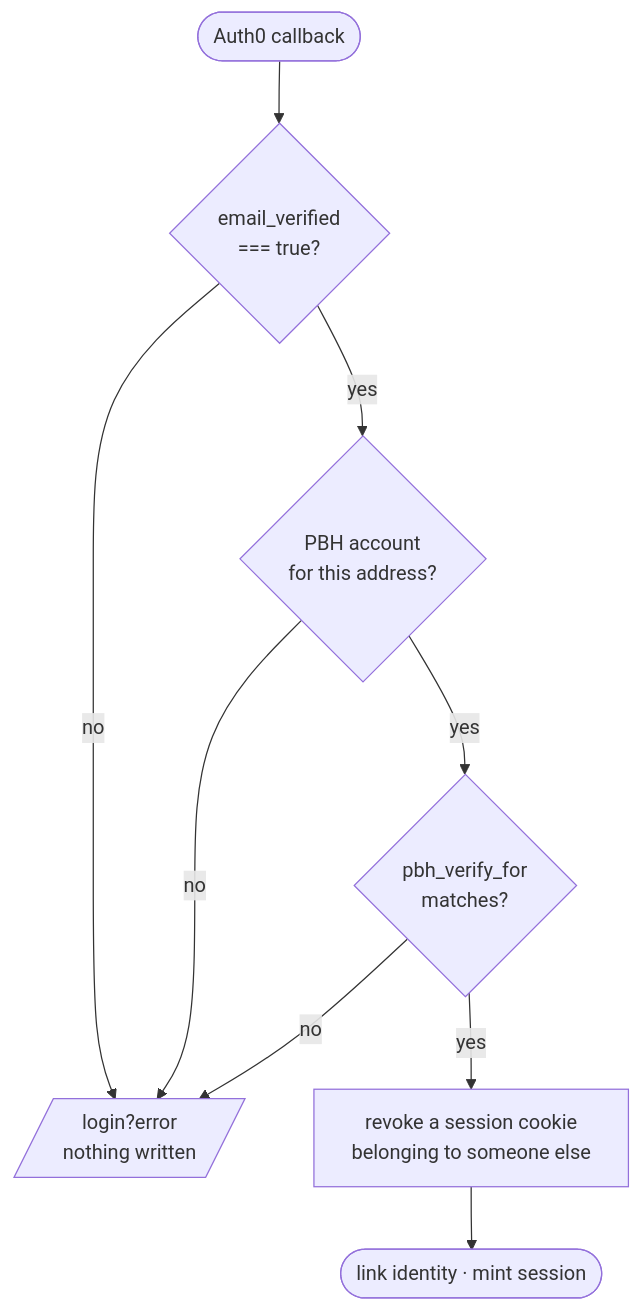
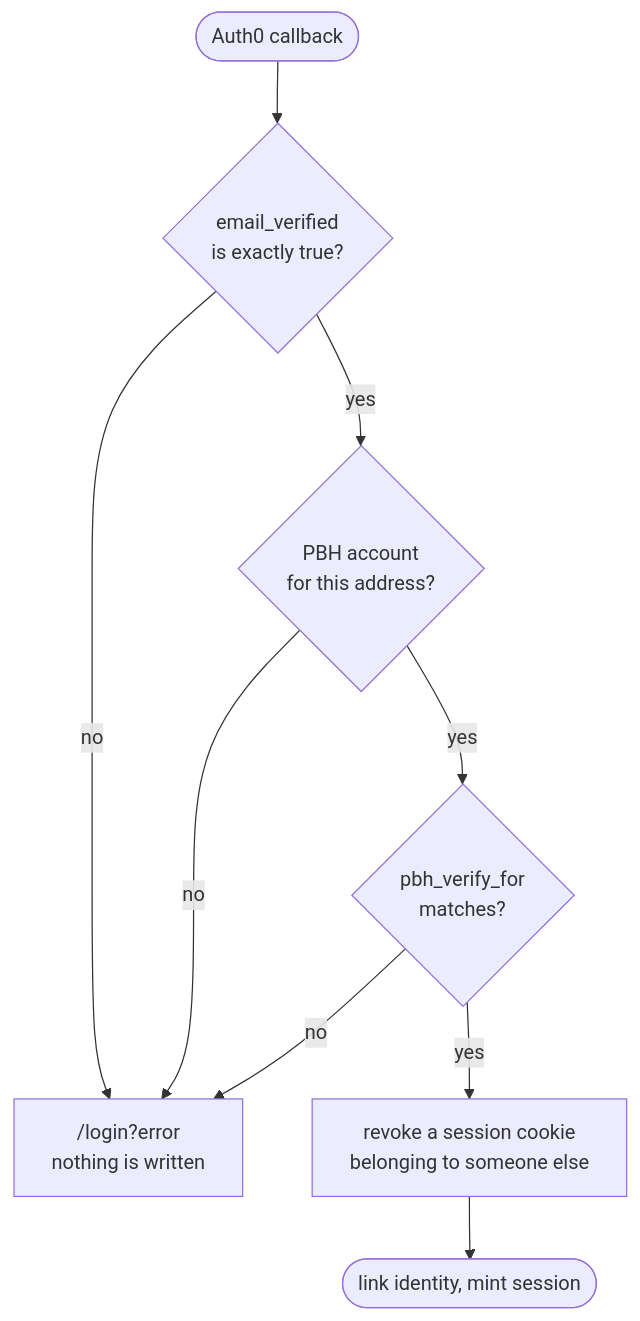
The second of 2 diagrams in docs/auth0-flow.md (dbates-commits/primary-brain-health), drawn with Mermaid before and after one commit. The commit also changed other lines of this file, not shown here.

First line of the commit message:
fix(docs): let the Auth0 diagrams parse

````diff
--- a/docs/auth0-flow.md
+++ b/docs/auth0-flow.md
@@ -45,11 +41,11 @@
 ```mermaid
 flowchart TD
-    C([Auth0 callback]) --> G1{email_verified<br/>=== true?}
-    G1 -- no --> R[/login?error<br/>nothing written/]
-    G1 -- yes --> G2{PBH account<br/>for this address?}
+    C(["Auth0 callback"]) --> G1{"email_verified<br/>is exactly true?"}
+    G1 -- no --> R["/login?error<br/>nothing is written"]
+    G1 -- yes --> G2{"PBH account<br/>for this address?"}
     G2 -- no --> R
-    G2 -- yes --> G3{pbh_verify_for<br/>matches?}
+    G2 -- yes --> G3{"pbh_verify_for<br/>matches?"}
     G3 -- no --> R
-    G3 -- yes --> G4[revoke a session cookie<br/>belonging to someone else]
-    G4 --> L([link identity · mint session])
+    G3 -- yes --> G4["revoke a session cookie<br/>belonging to someone else"]
+    G4 --> L(["link identity, mint session"])
 ```
````
